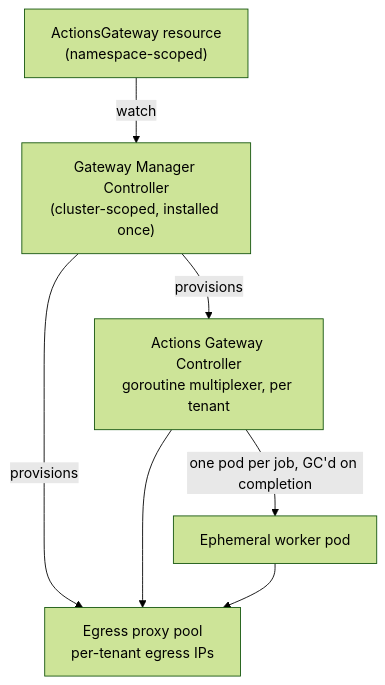
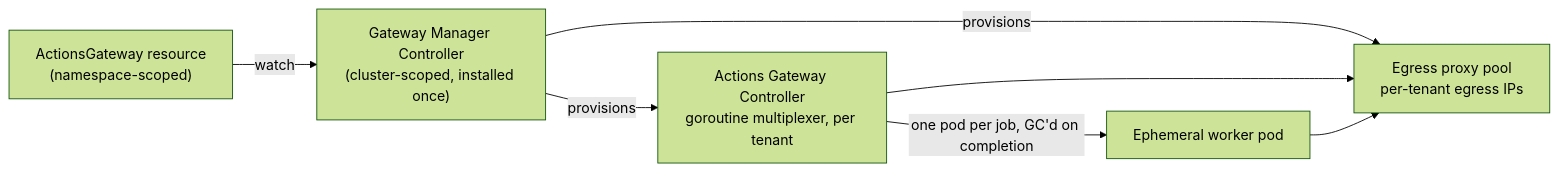
One commit to actions-gateway/github-actions-gateway changed the diagram in docs/index.md. Above: the diagram before and after it, drawn with Mermaid (forest theme).

Commit message:
fix(site): lay out the four-tier diagram left-to-right to use horizontal space (Q129)

````diff
--- a/docs/index.md
+++ b/docs/index.md
@@ -94,9 +94,9 @@
 ```mermaid
-flowchart TD
+flowchart LR
   CR["ActionsGateway resource<br/>(namespace-scoped)"] -->|watch| GMC["Gateway Manager Controller<br/>(cluster-scoped, installed once)"]
   GMC -->|provisions| AGC["Actions Gateway Controller<br/>goroutine multiplexer, per tenant"]
   GMC -->|provisions| PROXY["Egress proxy pool<br/>per-tenant egress IPs"]
   AGC -->|one pod per job, GC'd on completion| WORKER["Ephemeral worker pod"]
   AGC --> PROXY
   WORKER --> PROXY
 ```
````
